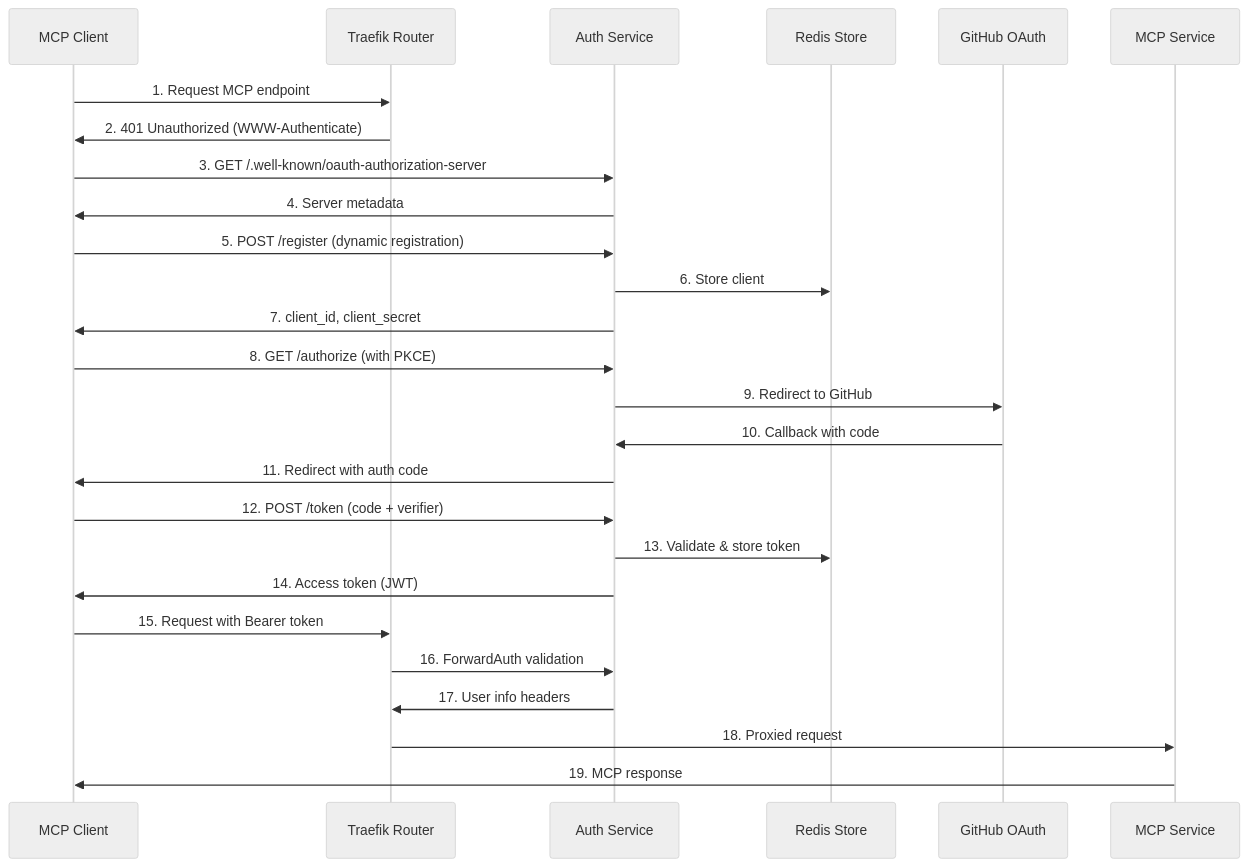
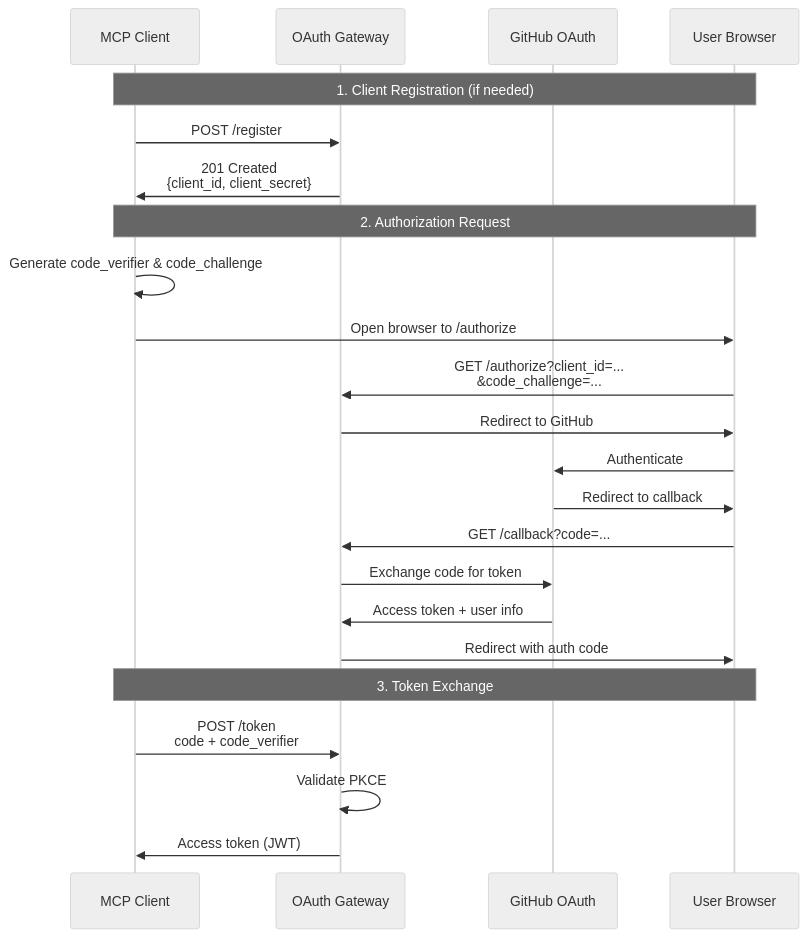
Before and after one commit to atrawog/mcp-oauth-gateway: the diagram in docs/architecture/oauth-flow.md, drawn with Mermaid (neutral theme). The commit also changed other lines of this file and 69 other files, not shown here.

First line of the commit message:
Update Documentation and Configuration for MCP OAuth Gateway

````diff
--- a/docs/architecture/oauth-flow.md
+++ b/docs/architecture/oauth-flow.md
@@ -16,29 +11,28 @@
 ```{mermaid}
 sequenceDiagram
     participant Client as MCP Client
-    participant Traefik as Traefik Router
-    participant Auth as Auth Service
-    participant Redis as Redis Store
+    participant Gateway as OAuth Gateway
     participant GitHub as GitHub OAuth
-    participant MCP as MCP Service
+    participant User as User Browser
     
-    Client->>Traefik: 1. Request MCP endpoint
-    Traefik->>Client: 2. 401 Unauthorized (WWW-Authenticate)
-    Client->>Auth: 3. GET /.well-known/oauth-authorization-server
-    Auth->>Client: 4. Server metadata
-    Client->>Auth: 5. POST /register (dynamic registration)
-    Auth->>Redis: 6. Store client
-    Auth->>Client: 7. client_id, client_secret
-    Client->>Auth: 8. GET /authorize (with PKCE)
-    Auth->>GitHub: 9. Redirect to GitHub
-    GitHub->>Auth: 10. Callback with code
-    Auth->>Client: 11. Redirect with auth code
-    Client->>Auth: 12. POST /token (code + verifier)
-    Auth->>Redis: 13. Validate & store token
-    Auth->>Client: 14. Access token (JWT)
-    Client->>Traefik: 15. Request with Bearer token
-    Traefik->>Auth: 16. ForwardAuth validation
-    Auth->>Traefik: 17. User info headers
-    Traefik->>MCP: 18. Proxied request
-    MCP->>Client: 19. MCP response
+    Note over Client,User: 1. Client Registration (if needed)
+    Client->>Gateway: POST /register
+    Gateway->>Client: 201 Created<br/>{client_id, client_secret}
+    
+    Note over Client,User: 2. Authorization Request
+    Client->>Client: Generate code_verifier & code_challenge
+    Client->>User: Open browser to /authorize
+    User->>Gateway: GET /authorize?client_id=...<br/>&code_challenge=...
+    Gateway->>User: Redirect to GitHub
+    User->>GitHub: Authenticate
+    GitHub->>User: Redirect to callback
+    User->>Gateway: GET /callback?code=...
+    Gateway->>GitHub: Exchange code for token
+    GitHub->>Gateway: Access token + user info
+    Gateway->>User: Redirect with auth code
+    
+    Note over Client,User: 3. Token Exchange
+    Client->>Gateway: POST /token<br/>code + code_verifier
+    Gateway->>Gateway: Validate PKCE
+    Gateway->>Client: Access token (JWT)
 ```
````
